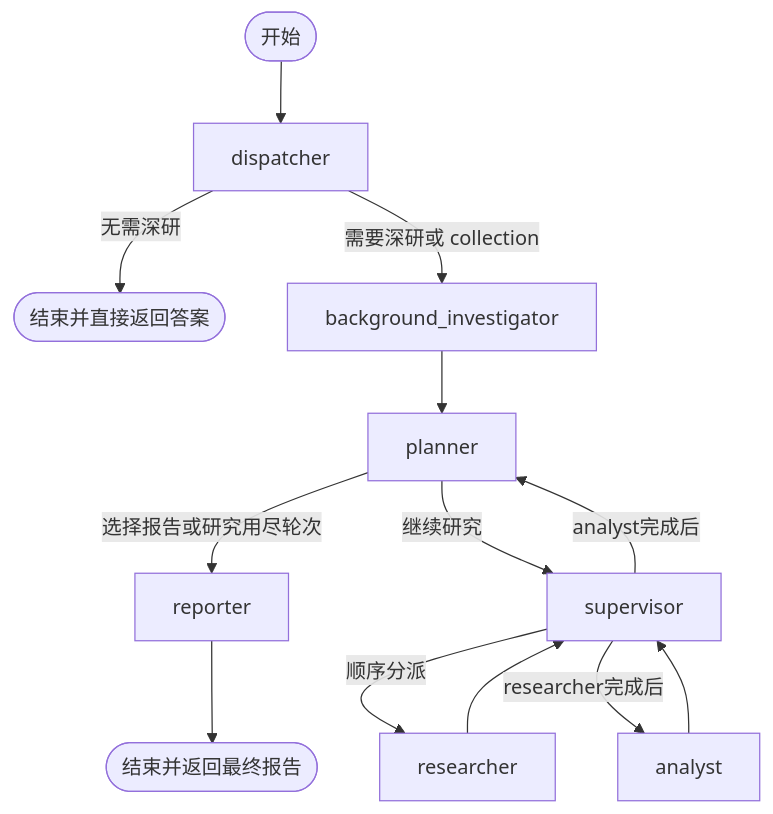
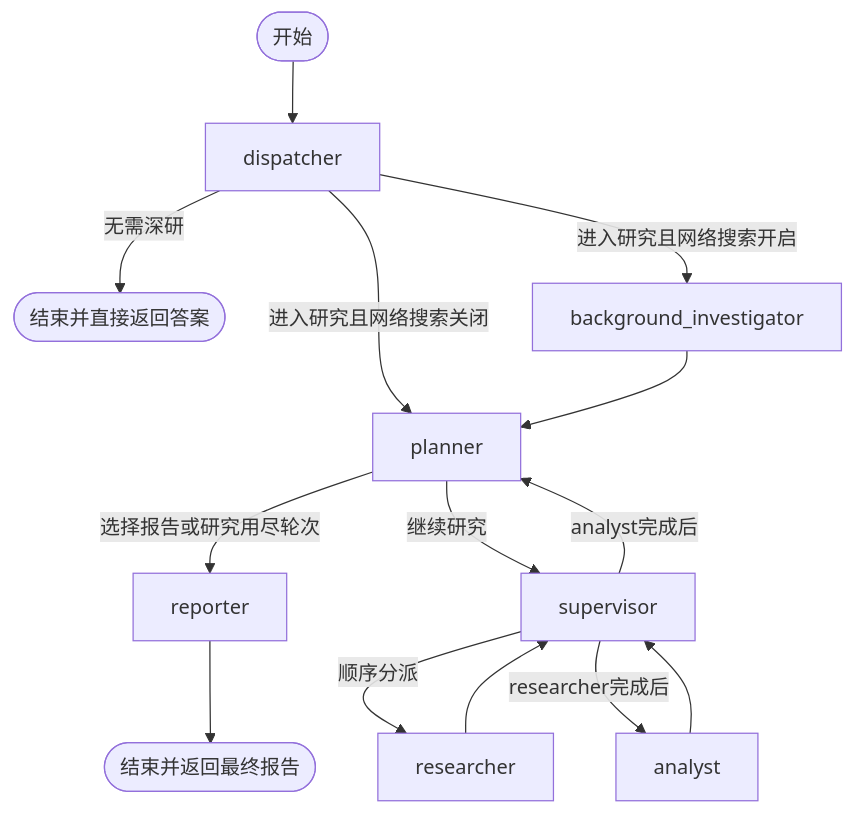
The diagram in src/agents/README.md (iJA774/Tufa-Scholar), drawn with Mermaid before and after one commit. The commit also changed other lines of this file and 4 other files, not shown here.

````diff
--- a/src/agents/README.md
+++ b/src/agents/README.md
@@ -7,15 +7,16 @@
 ```mermaid
 flowchart TD
     S([开始]) --> D[dispatcher]
     D -- 无需深研 --> E([结束并直接返回答案])
-    D -- 需要深研或 collection --> B[background_investigator]
+    D -- 进入研究且网络搜索开启 --> B[background_investigator]
+    D -- 进入研究且网络搜索关闭 --> P[planner]
     B --> P[planner]
     P -- 选择报告或研究用尽轮次 --> R[reporter]
     P -- 继续研究 --> U[supervisor]
     U -- 顺序分派 --> X[researcher]
     X --> U
     U -- researcher完成后 --> A[analyst]
     A --> U
     U -- analyst完成后 --> P
     R --> E2([结束并返回最终报告])
 ```
````
